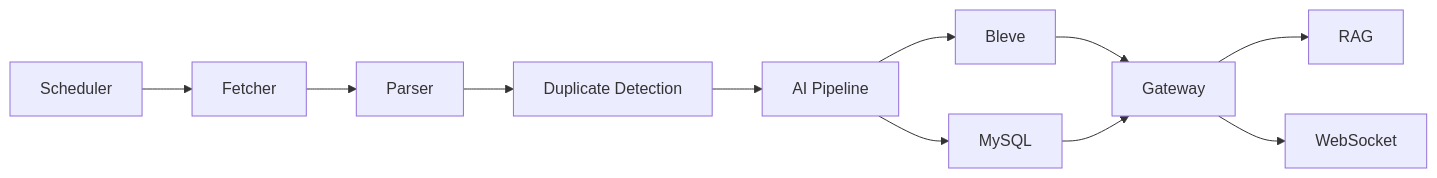
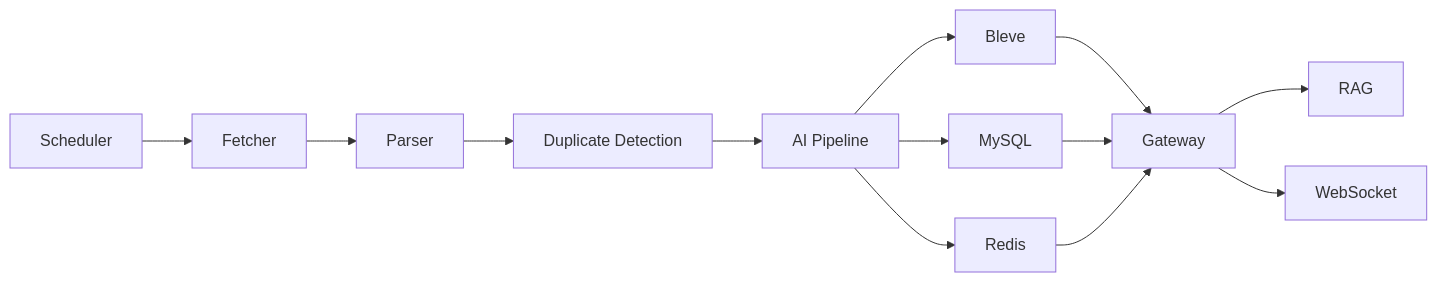
The diagram in README.md (23jdd/TechPulse), drawn with Mermaid before and after one commit. The commit also changed other lines of this file and 15 other files, not shown here.

````diff
--- a/README.md
+++ b/README.md
@@ -7,13 +113,15 @@
 ```mermaid
 flowchart LR
   Scheduler --> Fetcher
   Fetcher --> Parser
   Parser --> Duplicate["Duplicate Detection"]
   Duplicate --> Pipeline["AI Pipeline"]
   Pipeline --> MySQL
   Pipeline --> Bleve
+  Pipeline --> Redis
   Bleve --> Gateway
   MySQL --> Gateway
+  Redis --> Gateway
   Gateway --> RAG
   Gateway --> WebSocket
 ```
````
